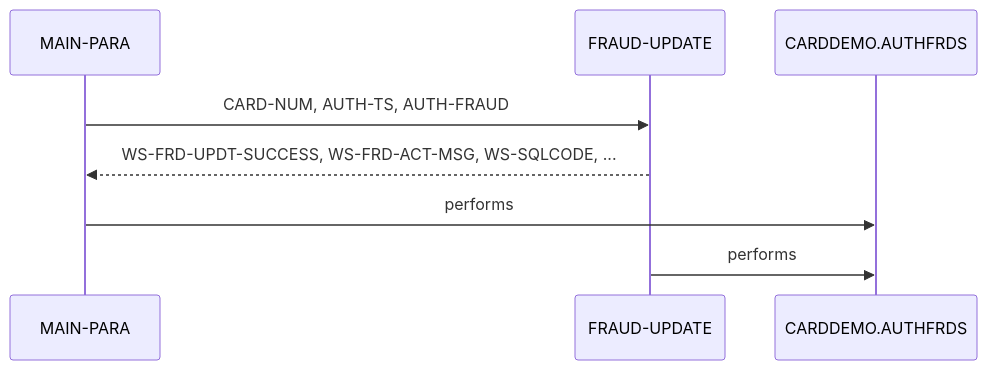
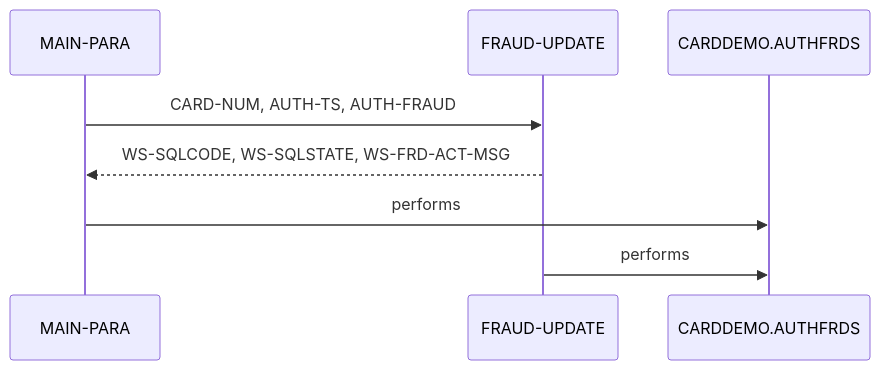
One commit to andrasfe/war_rig changed the second of 2 diagrams in example_output/cbl/COPAUS2C.cbl.md. Above: the diagram before and after it, drawn with Mermaid. The commit also changed other lines of this file and 137 other files, not shown here.

Commit message:
added new examples with knowledge graph implemented

````diff
--- a/example_output/cbl/COPAUS2C.cbl.md
+++ b/example_output/cbl/COPAUS2C.cbl.md
@@ -53,7 +60,7 @@
 ```mermaid
 sequenceDiagram
     MAIN-PARA->>FRAUD-UPDATE: CARD-NUM, AUTH-TS, AUTH-FRAUD
-    FRAUD-UPDATE-->>MAIN-PARA: WS-FRD-UPDT-SUCCESS, WS-FRD-ACT-MSG, WS-SQLCODE, ...
+    FRAUD-UPDATE-->>MAIN-PARA: WS-SQLCODE, WS-SQLSTATE, WS-FRD-ACT-MSG
     MAIN-PARA->>CARDDEMO.AUTHFRDS: performs
     FRAUD-UPDATE->>CARDDEMO.AUTHFRDS: performs
 ```
````
